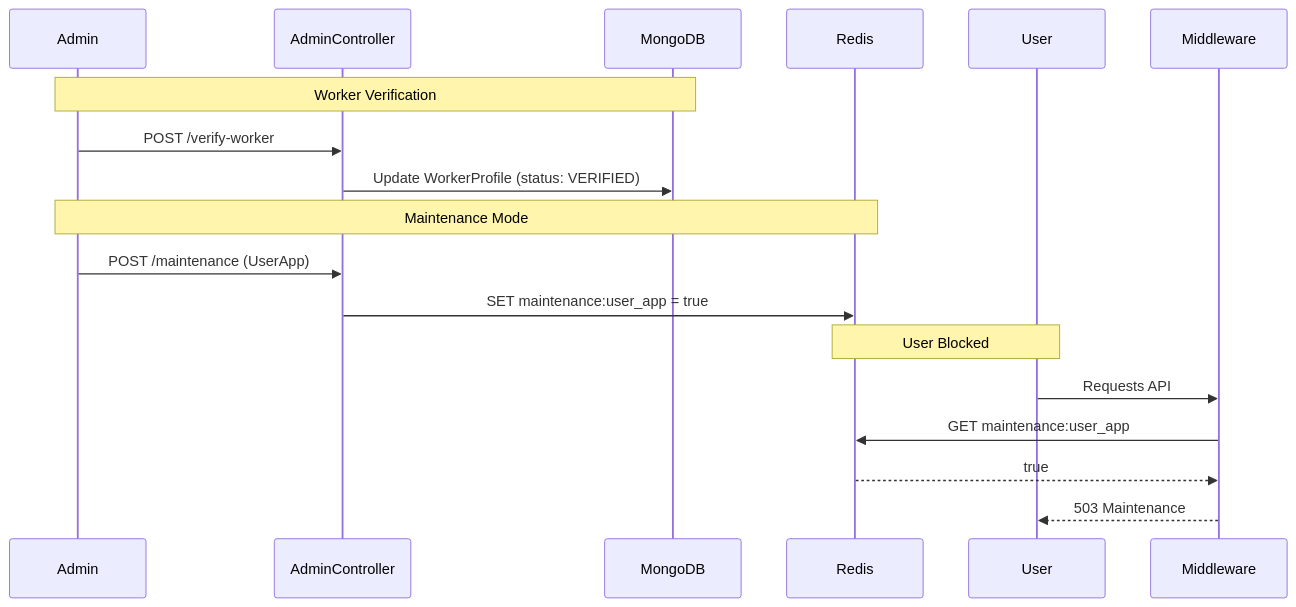
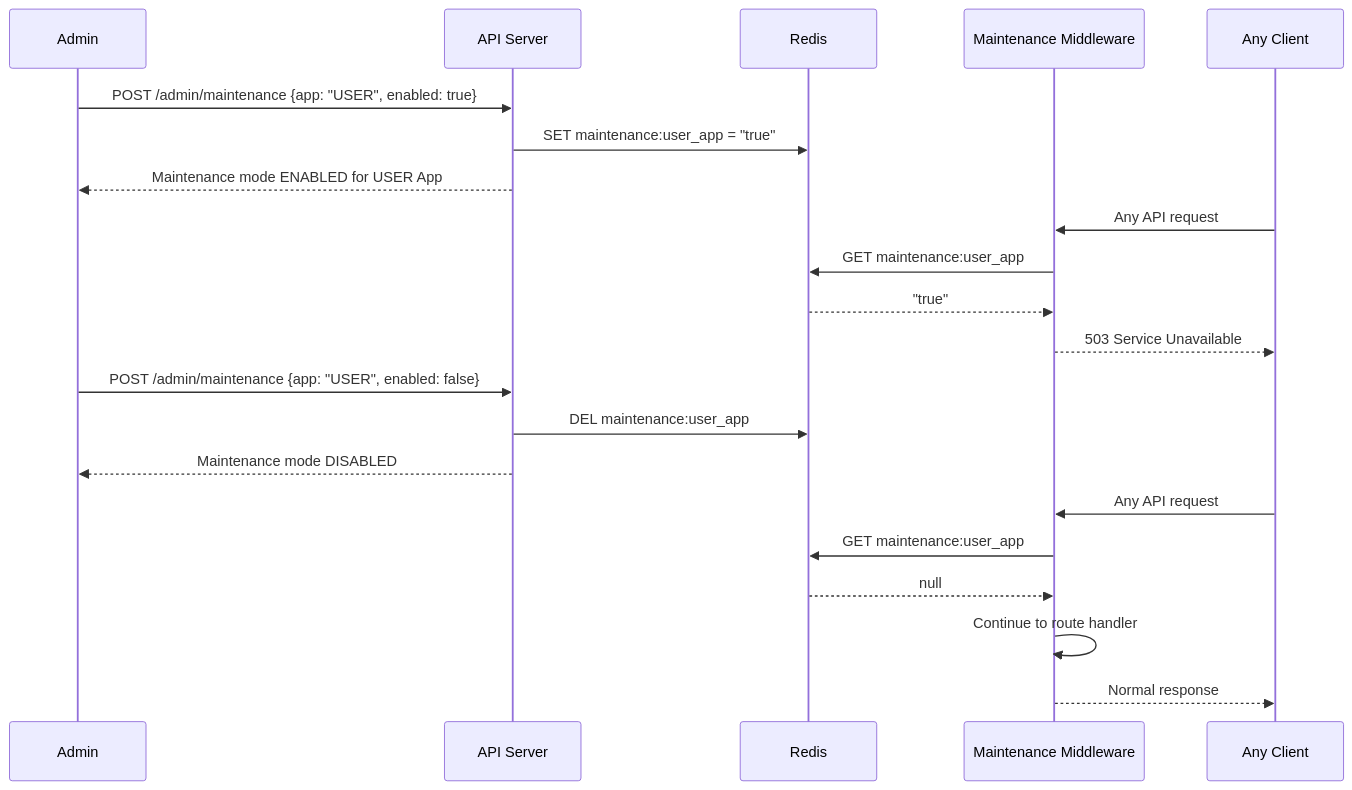
Before and after one commit to Somilg11/oddigo-v2: the tenth of 15 diagrams in docs_detailed_flows/DATA_FLOW_DIAGRAMS.md, drawn with Mermaid. The commit also changed other lines of this file and 67 other files, not shown here.

````diff
--- a/docs_detailed_flows/DATA_FLOW_DIAGRAMS.md
+++ b/docs_detailed_flows/DATA_FLOW_DIAGRAMS.md
@@ -143,21 +396,27 @@
 ```mermaid
 sequenceDiagram
-    participant Admin
-    participant AdminController
-    participant DB as MongoDB
+    participant A as Admin
+    participant API as API Server
     participant Redis
+    participant MW as Maintenance Middleware
+    participant C as Any Client
 
-    Note over Admin, DB: Worker Verification
-    Admin->>AdminController: POST /verify-worker
-    AdminController->>DB: Update WorkerProfile (status: VERIFIED)
+    A->>API: POST /admin/maintenance {app: "USER", enabled: true}
+    API->>Redis: SET maintenance:user_app = "true"
+    API-->>A: Maintenance mode ENABLED for USER App
 
-    Note over Admin, Redis: Maintenance Mode
-    Admin->>AdminController: POST /maintenance (UserApp)
-    AdminController->>Redis: SET maintenance:user_app = true
-    
-    Note over User, Redis: User Blocked
-    User->>Middleware: Requests API
-    Middleware->>Redis: GET maintenance:user_app
-    Redis-->>Middleware: true
-    Middleware-->>User: 503 Maintenance
+    C->>MW: Any API request
+    MW->>Redis: GET maintenance:user_app
+    Redis-->>MW: "true"
+    MW-->>C: 503 Service Unavailable
+
+    A->>API: POST /admin/maintenance {app: "USER", enabled: false}
+    API->>Redis: DEL maintenance:user_app
+    API-->>A: Maintenance mode DISABLED
+
+    C->>MW: Any API request
+    MW->>Redis: GET maintenance:user_app
+    Redis-->>MW: null
+    MW->>MW: Continue to route handler
+    MW-->>C: Normal response
 ```
````
